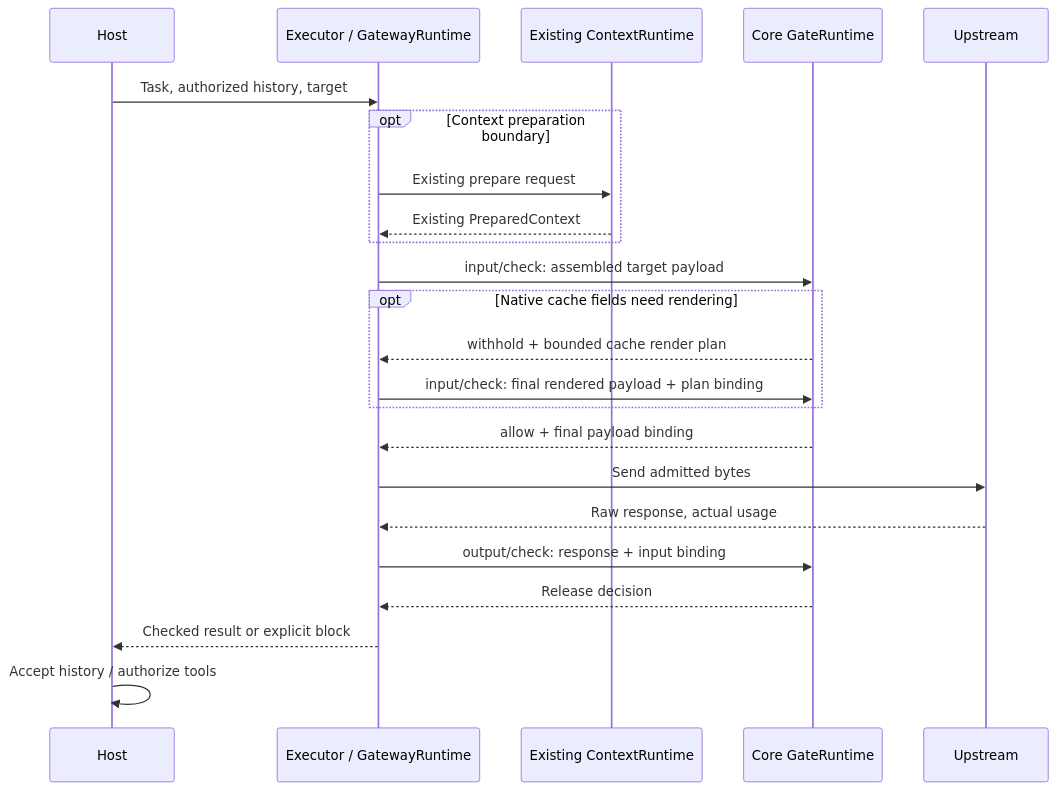
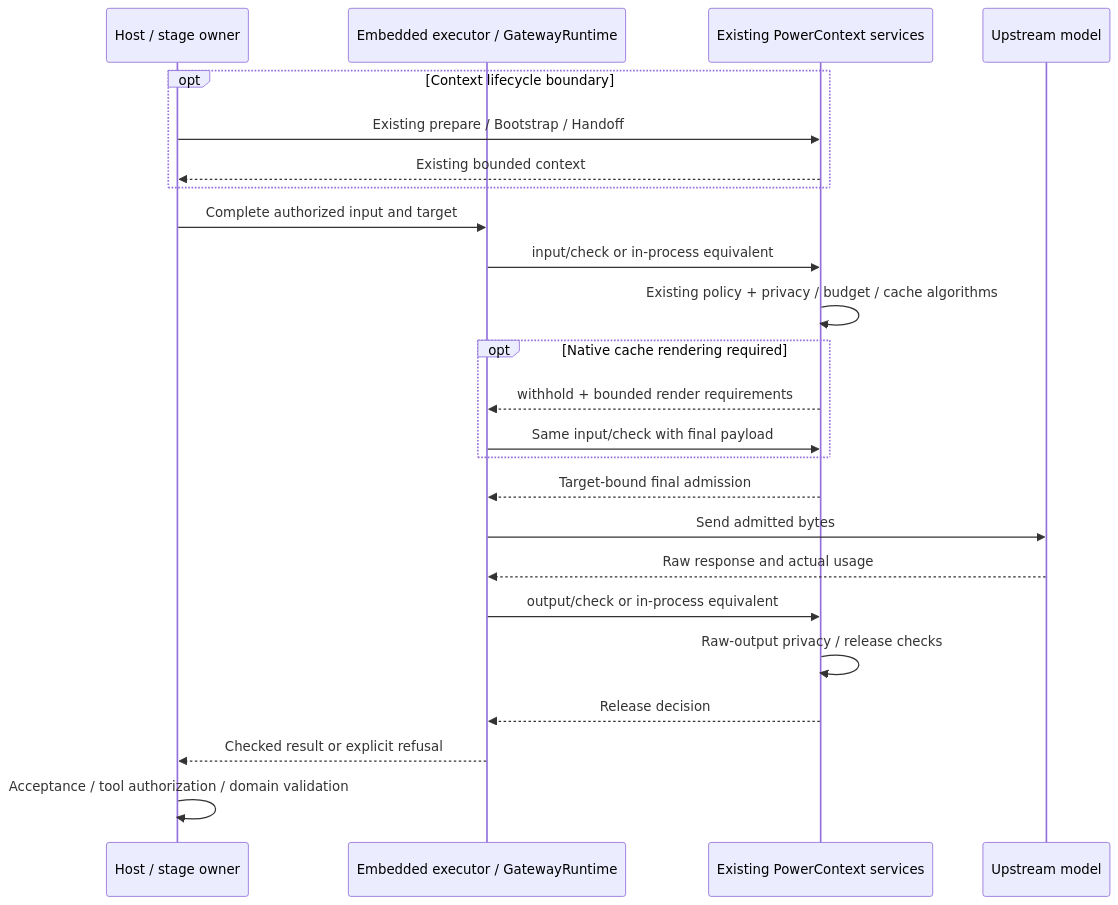
Before and after one commit to 2397819368a-oss/powercontext-2026: the second of 2 diagrams in docs/zh/rfcs/2086-core-inference-gates-and-optional-gateway.md, drawn with Mermaid. The commit also changed other lines of this file and 1 other file, not shown here.

Commit message:
docs(rfc): integrate privacy checks and token efficiency

````diff
--- a/docs/zh/rfcs/2086-core-inference-gates-and-optional-gateway.md
+++ b/docs/zh/rfcs/2086-core-inference-gates-and-optional-gateway.md
@@ -384,25 +379,26 @@
 ```mermaid
 sequenceDiagram
-    participant H as Host
-    participant E as Executor / GatewayRuntime
-    participant C as Existing ContextRuntime
-    participant G as Core GateRuntime
-    participant U as Upstream
-    H->>E: Task, authorized history, target
-    opt Context preparation boundary
-        E->>C: Existing prepare request
-        C-->>E: Existing PreparedContext
+    participant H as Host / stage owner
+    participant E as Embedded executor / GatewayRuntime
+    participant C as Existing PowerContext services
+    participant U as Upstream model
+    opt Context lifecycle boundary
+        H->>C: Existing prepare / Bootstrap / Handoff
+        C-->>H: Existing bounded context
     end
-    E->>G: input/check: assembled target payload
-    opt Native cache fields need rendering
-        G-->>E: withhold + bounded cache render plan
-        E->>G: input/check: final rendered payload + plan binding
+    H->>E: Complete authorized input and target
+    E->>C: input/check or in-process equivalent
+    C->>C: Existing policy + privacy / budget / cache algorithms
+    opt Native cache rendering required
+        C-->>E: withhold + bounded render requirements
+        E->>C: Same input/check with final payload
     end
-    G-->>E: allow + final payload binding
+    C-->>E: Target-bound final admission
     E->>U: Send admitted bytes
-    U-->>E: Raw response, actual usage
-    E->>G: output/check: response + input binding
-    G-->>E: Release decision
-    E-->>H: Checked result or explicit block
-    H->>H: Accept history / authorize tools
+    U-->>E: Raw response and actual usage
+    E->>C: output/check or in-process equivalent
+    C->>C: Raw-output privacy / release checks
+    C-->>E: Release decision
+    E-->>H: Checked result or explicit refusal
+    H->>H: Acceptance / tool authorization / domain validation
 ```
````
